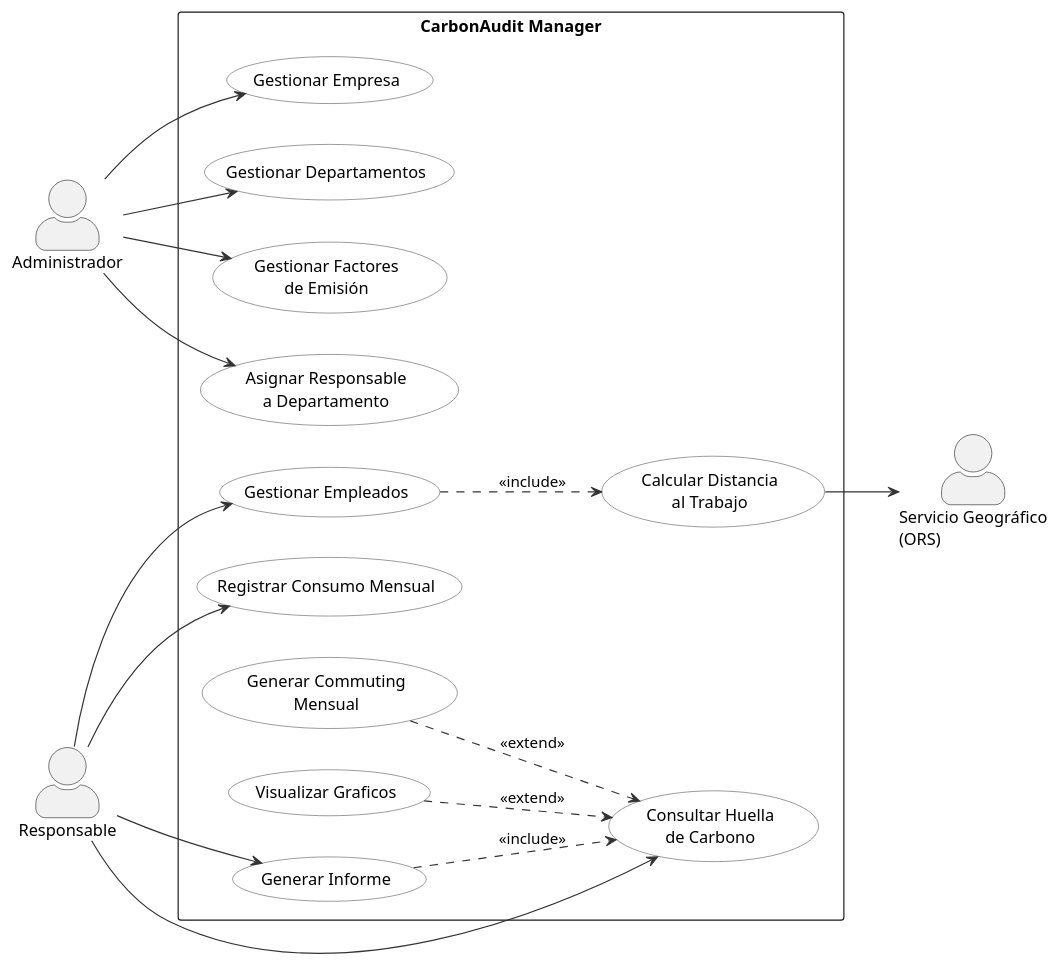
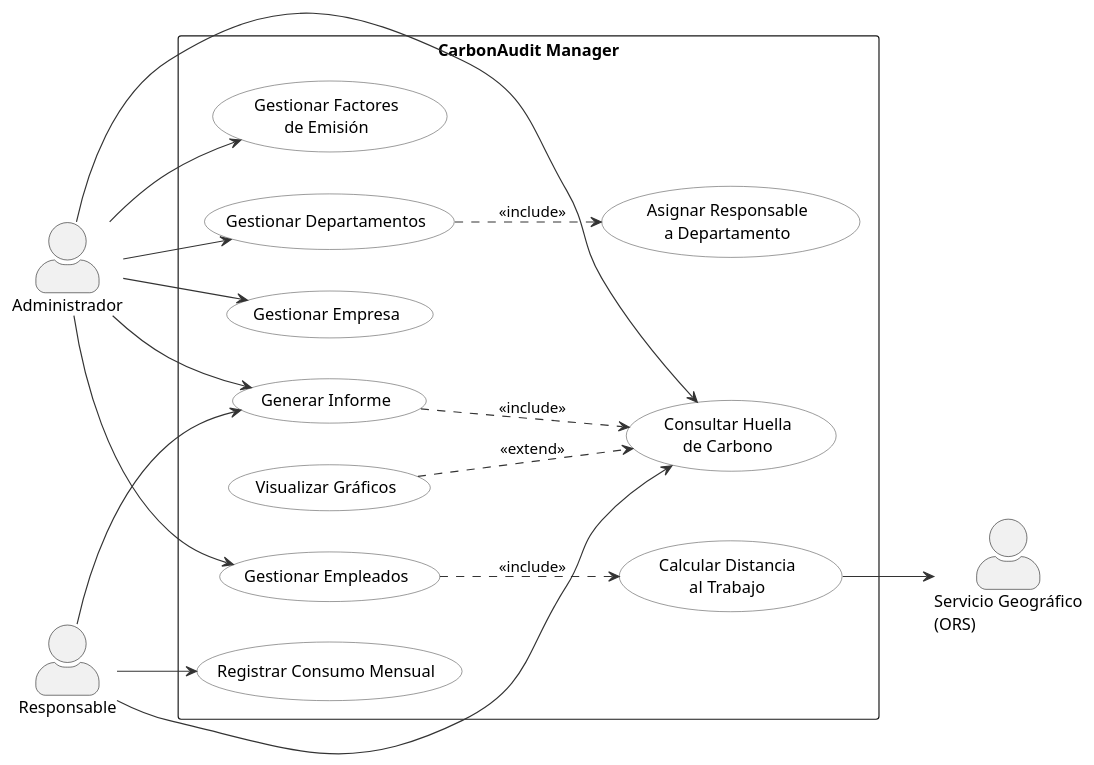
The diagram in docs/diagrams/casos_de_uso.puml (noeparamenos/carbonAudit_manager), drawn with PlantUML before and after one commit.

Commit message:
Docs: corregir diagrama de casos de uso

```diff
--- a/docs/diagrams/casos_de_uso.puml
+++ b/docs/diagrams/casos_de_uso.puml
@@ -1,65 +1,64 @@
 @startuml Casos de Uso - CarbonAudit Manager
 
 left to right direction
 
 skinparam actorStyle awesome
 skinparam packageStyle rectangle
 skinparam usecase {
     BackgroundColor White
     BorderColor #555
     ArrowColor #333
 }
 
 ' ========================= ACTORES =========================
 
 actor "Administrador" as Admin
 actor "Responsable" as Resp
 actor "Servicio Geográfico\n(ORS)" as ORS
 
 ' ========================= CASOS DE USO =========================
 
 rectangle "CarbonAudit Manager" {
 
     ' --- Configuración de la organización ---
     usecase "Gestionar Empresa"              as UC_Empresa
     usecase "Gestionar Departamentos"        as UC_Dept
     usecase "Gestionar Empleados"            as UC_Empleado
     usecase "Gestionar Factores\nde Emisión" as UC_Factor
     usecase "Asignar Responsable\na Departamento" as UC_AsignarResp
 
     ' --- Operativa mensual ---
     usecase "Registrar Consumo Mensual"      as UC_Consumo
-    usecase "Generar Commuting\nMensual"     as UC_Commuting
     usecase "Calcular Distancia\nal Trabajo" as UC_Distancia
 
     ' --- Cálculos e informes ---
     usecase "Consultar Huella\nde Carbono"     as UC_Huella
-    usecase "Visualizar Graficos"              as UC_Dashboard
     usecase "Generar Informe"                  as UC_Informe
+    usecase "Visualizar Gráficos"              as UC_Dashboard
 }
 
 ' ========================= RELACIONES =========================
 
-' Administrador: configura la estructura de alto nivel de la organización
+' Administrador: configura la estructura de la organización
 Admin --> UC_Empresa
 Admin --> UC_Dept
 Admin --> UC_Factor
-Admin --> UC_AsignarResp
+Admin --> UC_Huella
+Admin --> UC_Informe
+Admin --> UC_Empleado
 
-' Responsable: gestiona su departamento (empleados, consumos) y consulta informes
-Resp --> UC_Empleado
+' Responsable: operativa mensual e informes de su departamento
 Resp --> UC_Consumo
 Resp --> UC_Huella
 Resp --> UC_Informe
 
-
 ' Dependencias entre casos de uso
-UC_Empleado ..> UC_Distancia : <<include>>
-UC_Commuting ..> UC_Huella : <<extend>>
-UC_Dashboard ..> UC_Huella : <<extend>>
-UC_Informe ..> UC_Huella : <<include>>
+UC_Empleado  ..> UC_Distancia  : <<include>>
+UC_Dept      ..> UC_AsignarResp : <<include>>
+UC_Dashboard ..> UC_Huella    : <<extend>>
+UC_Informe   ..> UC_Huella    : <<include>>
 
 ' Servicio externo: interviene en el cálculo de distancias
 UC_Distancia --> ORS
 
 @enduml
```
